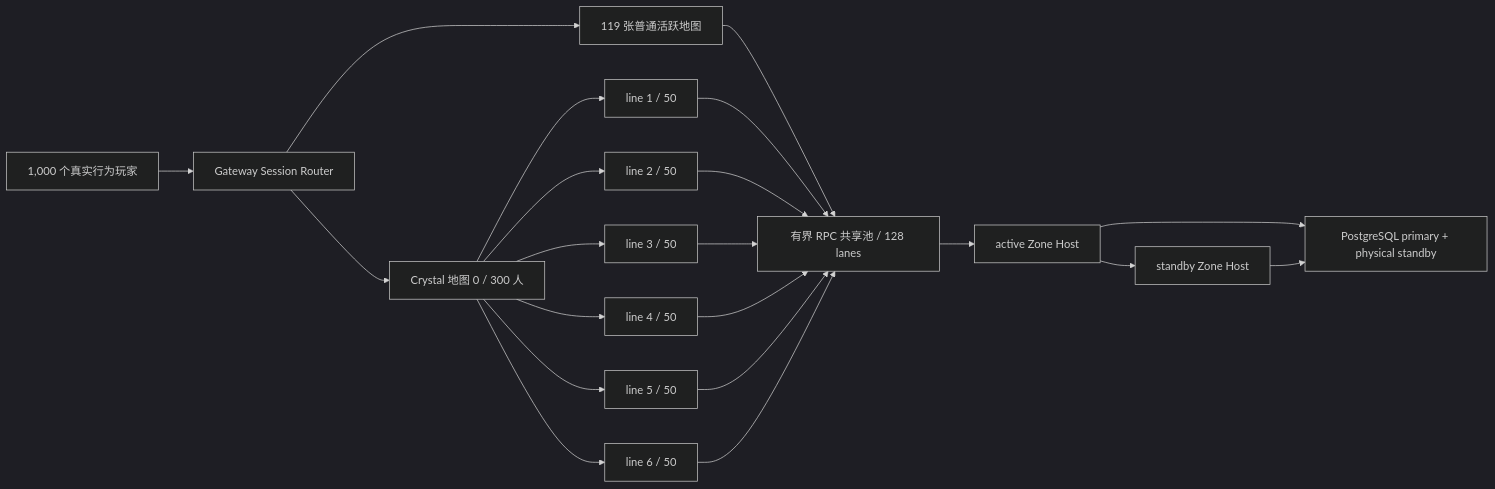
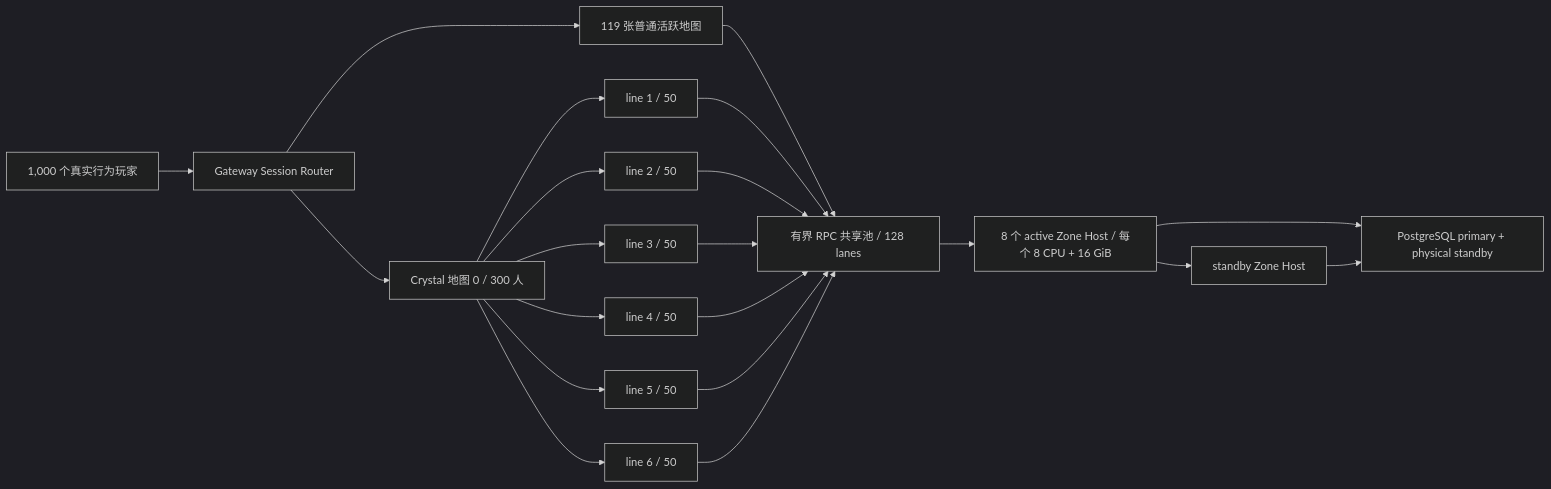
One commit to Zombieliu/mir2 changed the diagram in mir2-web3/infra/gate20/README.zh-CN.md. Above: the diagram before and after it, drawn with Mermaid (dark theme). The commit also changed other lines of this file and 4 other files, not shown here.

````diff
--- a/mir2-web3/infra/gate20/README.zh-CN.md
+++ b/mir2-web3/infra/gate20/README.zh-CN.md
@@ -22,16 +22,16 @@
 ```mermaid
 flowchart LR
   P["1,000 个真实行为玩家"] --> R["Gateway Session Router"]
   R --> C["119 张普通活跃地图"]
   R --> H["Crystal 地图 0 / 300 人"]
   H --> L1["line 1 / 50"]
   H --> L2["line 2 / 50"]
   H --> L3["line 3 / 50"]
   H --> L4["line 4 / 50"]
   H --> L5["line 5 / 50"]
   H --> L6["line 6 / 50"]
   C & L1 & L2 & L3 & L4 & L5 & L6 --> Q["有界 RPC 共享池 / 128 lanes"]
-  Q --> ZA["active Zone Host"]
+  Q --> ZA["8 个 active Zone Host / 每个 8 CPU + 16 GiB"]
   ZA --> ZB["standby Zone Host"]
   ZA & ZB --> PG["PostgreSQL primary + physical standby"]
 ```
````
